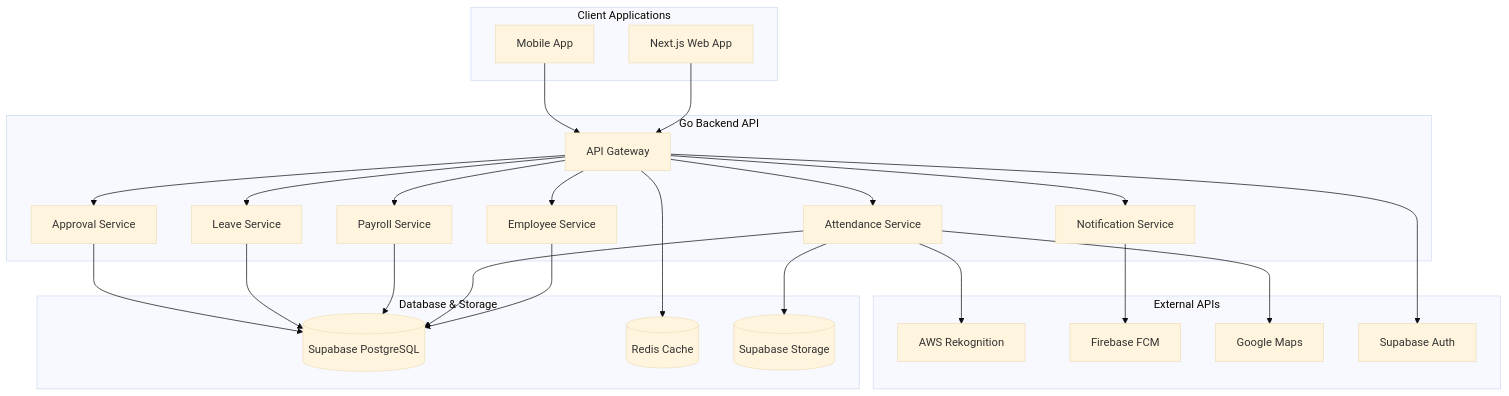
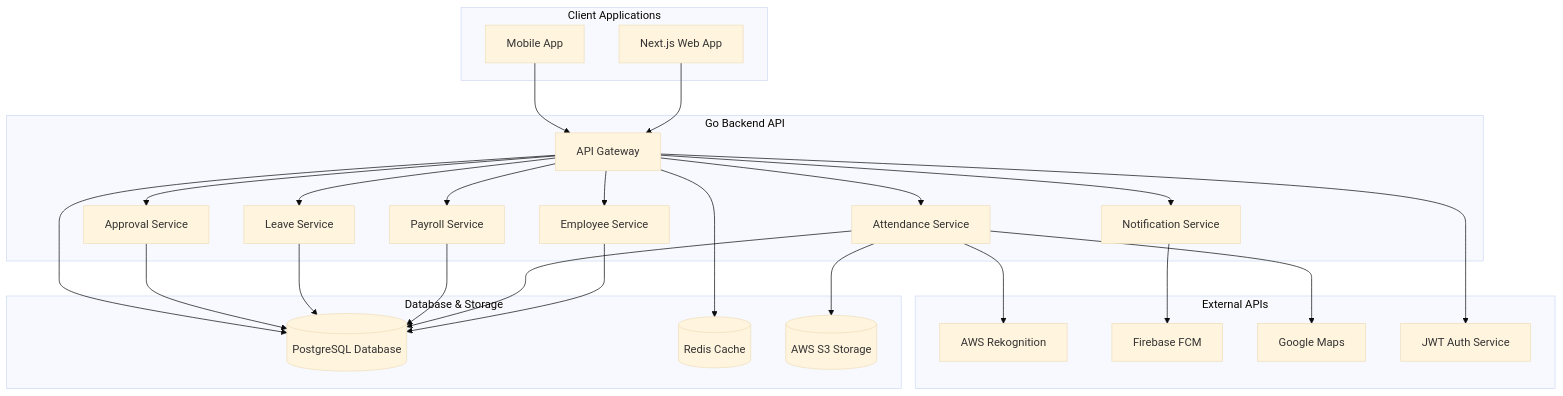
One commit to rianV2/aturix-hr-eng-spec changed the first of 9 diagrams in README.md. Above: the diagram before and after it, drawn with Mermaid (base theme). The commit also changed other lines of this file, not shown here.

First line of the commit message:
Change architecture to exclude supabase

````diff
--- a/README.md
+++ b/README.md
@@ -219,54 +219,55 @@
 ```mermaid
 graph TB
     subgraph "Client Applications"
         NEXTJS[Next.js Web App]
         MOBILE[Mobile App]
     end
     
     subgraph "Go Backend API"
         GATEWAY[API Gateway]
         EMP[Employee Service]
         ATT[Attendance Service]
         PAY[Payroll Service]
         LEAVE[Leave Service]
         APPROVAL[Approval Service]
         NOTIFICATION[Notification Service]
     end
     
     subgraph "Database & Storage"
-        SUPABASE[(Supabase PostgreSQL)]
+        POSTGRES[(PostgreSQL Database)]
         REDIS[(Redis Cache)]
-        STORAGE[(Supabase Storage)]
+        STORAGE[(AWS S3 Storage)]
     end
     
     subgraph "External APIs"
         REKOGNITION[AWS Rekognition]
         FCM[Firebase FCM]
         MAPS[Google Maps]
-        AUTH[Supabase Auth]
+        AUTH[JWT Auth Service]
     end
     
     NEXTJS --> GATEWAY
     MOBILE --> GATEWAY
     
     GATEWAY --> EMP
     GATEWAY --> ATT
     GATEWAY --> PAY
     GATEWAY --> LEAVE
     GATEWAY --> APPROVAL
     GATEWAY --> NOTIFICATION
     
-    EMP --> SUPABASE
-    ATT --> SUPABASE
-    PAY --> SUPABASE
-    LEAVE --> SUPABASE
-    APPROVAL --> SUPABASE
+    EMP --> POSTGRES
+    ATT --> POSTGRES
+    PAY --> POSTGRES
+    LEAVE --> POSTGRES
+    APPROVAL --> POSTGRES
     
     ATT --> REKOGNITION
     ATT --> MAPS
     ATT --> STORAGE
     NOTIFICATION --> FCM
     
     GATEWAY --> REDIS
     GATEWAY --> AUTH
+    GATEWAY --> POSTGRES
 ```
````
